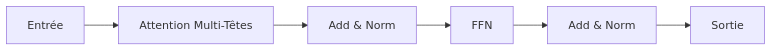
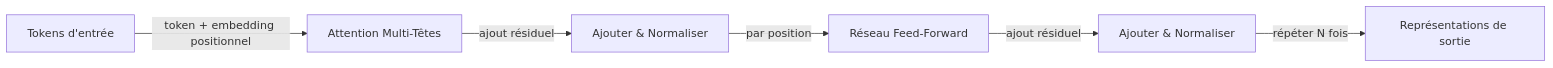
Before and after one commit to EmersonBraun/ai-summary-hub: the diagram in i18n/fr/docusaurus-plugin-content-docs/current/transformers/index.md, drawn with Mermaid. The commit also changed other lines of this file and 242 other files, not shown here.

````diff
--- a/i18n/fr/docusaurus-plugin-content-docs/current/transformers/index.md
+++ b/i18n/fr/docusaurus-plugin-content-docs/current/transformers/index.md
@@ -23,8 +21,8 @@
 ```mermaid
 flowchart LR
-  A[Entrée] --> B[Attention Multi-Têtes]
-  B --> C[Add & Norm]
-  C --> D[FFN]
-  D --> E[Add & Norm]
-  E --> F[Sortie]
+  A[Tokens d'entrée] -->|token + embedding positionnel| B[Attention Multi-Têtes]
+  B -->|ajout résiduel| C[Ajouter & Normaliser]
+  C -->|par position| D[Réseau Feed-Forward]
+  D -->|ajout résiduel| E[Ajouter & Normaliser]
+  E -->|répéter N fois| F[Représentations de sortie]
 ```
````
